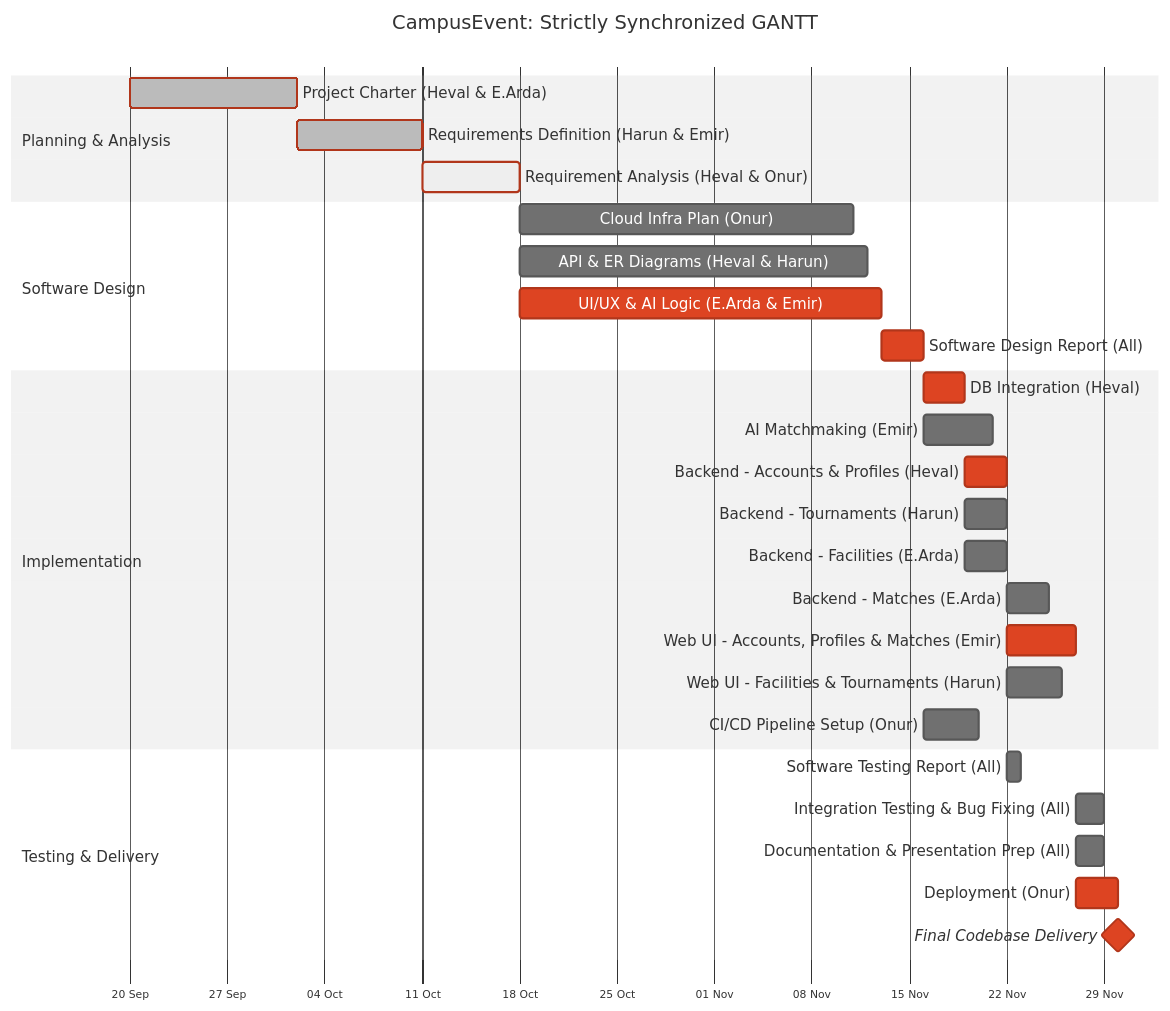
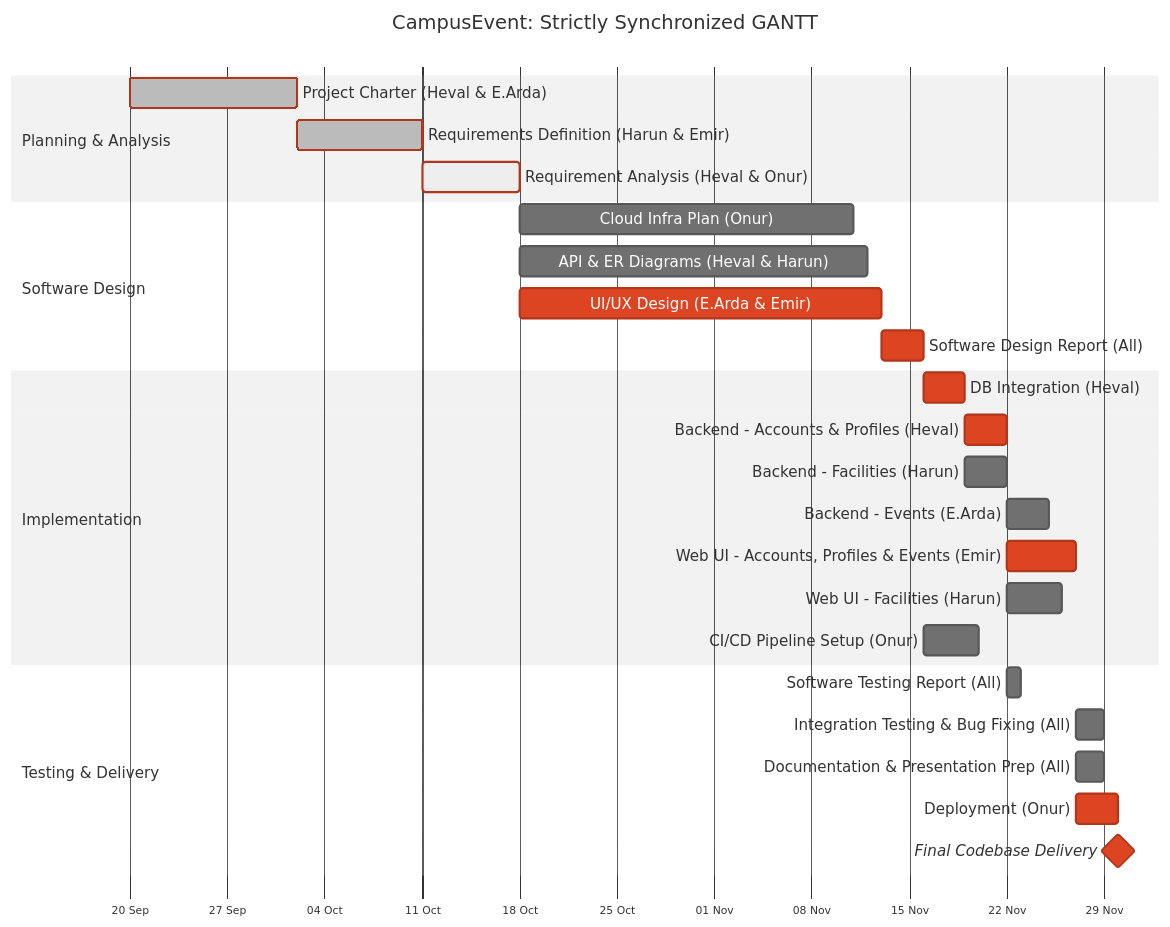
Before and after one commit to emir-heval-arda-harun/CMPE-331-project: the diagram in docs/plan/gantt_chart.mmd, drawn with Mermaid (neutral theme). The commit also changed 139 other files, not shown here.

```diff
--- a/docs/plan/gantt_chart.mmd
+++ b/docs/plan/gantt_chart.mmd
@@ -1,36 +1,34 @@
 %%{init: {"gantt": {"barHeight": 28, "barGap": 11, "topPadding": 70, "leftPadding": 110, "fontSize": 14, "sectionFontSize": 14, "gridLineStartPadding": 40}}}%%
 gantt
     title CampusEvent: Strictly Synchronized GANTT
     dateFormat YYYY-MM-DD
     axisFormat %d %b
     tickInterval 1week
     weekday sunday
 
     section Planning & Analysis
     Project Charter (Heval & E.Arda)               :done, crit, t11, 2026-09-20, 2026-10-02
     Requirements Definition (Harun & Emir)         :done, crit, t12, 2026-10-02, 2026-10-11
     Requirement Analysis (Heval & Onur)            :active, crit, t13, 2026-10-11, 2026-10-18
 
     section Software Design
     Cloud Infra Plan (Onur)                        :t21, 2026-10-18, 2026-11-11
     API & ER Diagrams (Heval & Harun)              :t22, 2026-10-18, 2026-11-12
-    UI/UX & AI Logic (E.Arda & Emir)               :crit, t23, 2026-10-18, 2026-11-13
+    UI/UX Design (E.Arda & Emir)                   :crit, t23, 2026-10-18, 2026-11-13
     Software Design Report (All)                   :crit, t24, 2026-11-13, 2026-11-16
 
     section Implementation
     DB Integration (Heval)                         :crit, t31, 2026-11-16, 2026-11-19
-    AI Matchmaking (Emir)                          :t32, 2026-11-16, 2026-11-21
-    Backend - Accounts & Profiles (Heval)          :crit, t33, 2026-11-19, 2026-11-22
-    Backend - Tournaments (Harun)                  :t34, 2026-11-19, 2026-11-22
-    Backend - Facilities (E.Arda)                  :t35, 2026-11-19, 2026-11-22
-    Backend - Matches (E.Arda)                     :t36, 2026-11-22, 2026-11-25
-    Web UI - Accounts, Profiles & Matches (Emir)   :crit, t37, 2026-11-22, 2026-11-27
-    Web UI - Facilities & Tournaments (Harun)      :t38, 2026-11-22, 2026-11-26
-    CI/CD Pipeline Setup (Onur)                    :t39, 2026-11-16, 2026-11-20
+    Backend - Accounts & Profiles (Heval)          :crit, t32, 2026-11-19, 2026-11-22
+    Backend - Facilities (Harun)                   :t33, 2026-11-19, 2026-11-22
+    Backend - Events (E.Arda)                      :t34, 2026-11-22, 2026-11-25
+    Web UI - Accounts, Profiles & Events (Emir)    :crit, t35, 2026-11-22, 2026-11-27
+    Web UI - Facilities (Harun)                    :t36, 2026-11-22, 2026-11-26
+    CI/CD Pipeline Setup (Onur)                    :t37, 2026-11-16, 2026-11-20
 
     section Testing & Delivery
     Software Testing Report (All)                  :t41, 2026-11-22, 2026-11-23
     Integration Testing & Bug Fixing (All)         :t42, 2026-11-27, 2026-11-29
     Documentation & Presentation Prep (All)        :t43, 2026-11-27, 2026-11-29
     Deployment (Onur)                              :crit, t44, 2026-11-27, 2026-11-30
     Final Codebase Delivery                        :crit, milestone, t45, 2026-11-30, 0d
```
